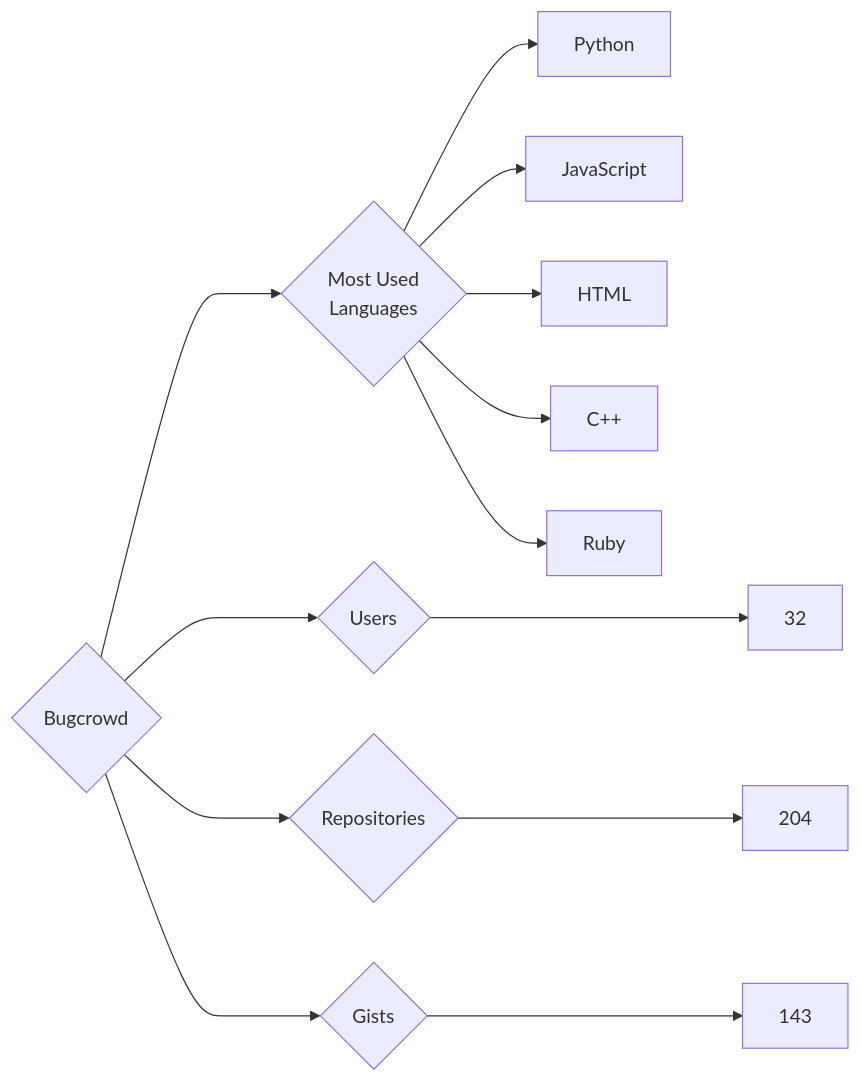
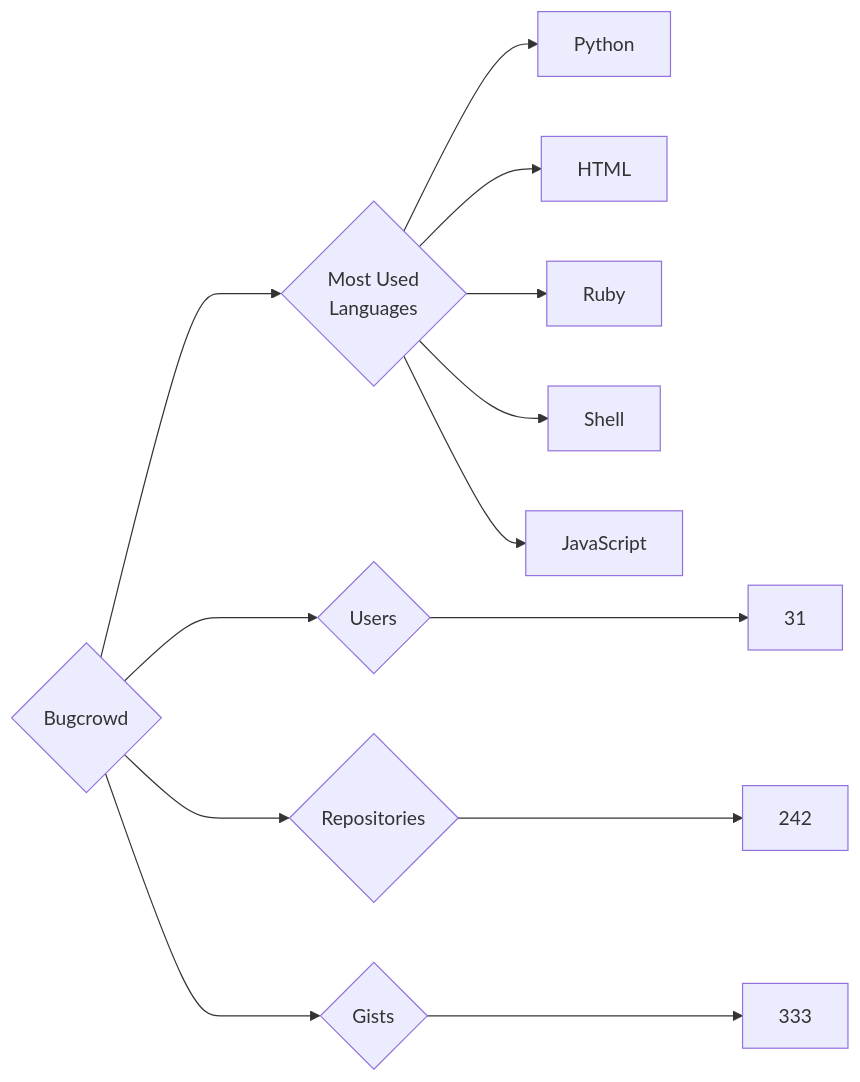
One commit to trickest/insiders changed the diagram in targets/Bugcrowd/README.md. Above: the diagram before and after it, drawn with Mermaid. The commit also changed 882 other files, not shown here.

````diff
--- a/targets/Bugcrowd/README.md
+++ b/targets/Bugcrowd/README.md
@@ -3,13 +3,13 @@
 ```mermaid
 graph LR
 COMPANY_NAME{Bugcrowd}
-COMPANY_NAME ---> U{Users} ---> UN[32]
-COMPANY_NAME ---> R{Repositories} ---> RN[204]
-COMPANY_NAME ---> G{Gists} ---> GN[143]
+COMPANY_NAME ---> U{Users} ---> UN[31]
+COMPANY_NAME ---> R{Repositories} ---> RN[242]
+COMPANY_NAME ---> G{Gists} ---> GN[333]
 COMPANY_NAME ---> ML{Most Used<br>Languages}
 ML --> Python[Python]
+ML --> HTML[HTML]
+ML --> Ruby[Ruby]
+ML --> Shell[Shell]
 ML --> JavaScript[JavaScript]
-ML --> HTML[HTML]
-ML --> C++[C++]
-ML --> Ruby[Ruby]
 ```
````
